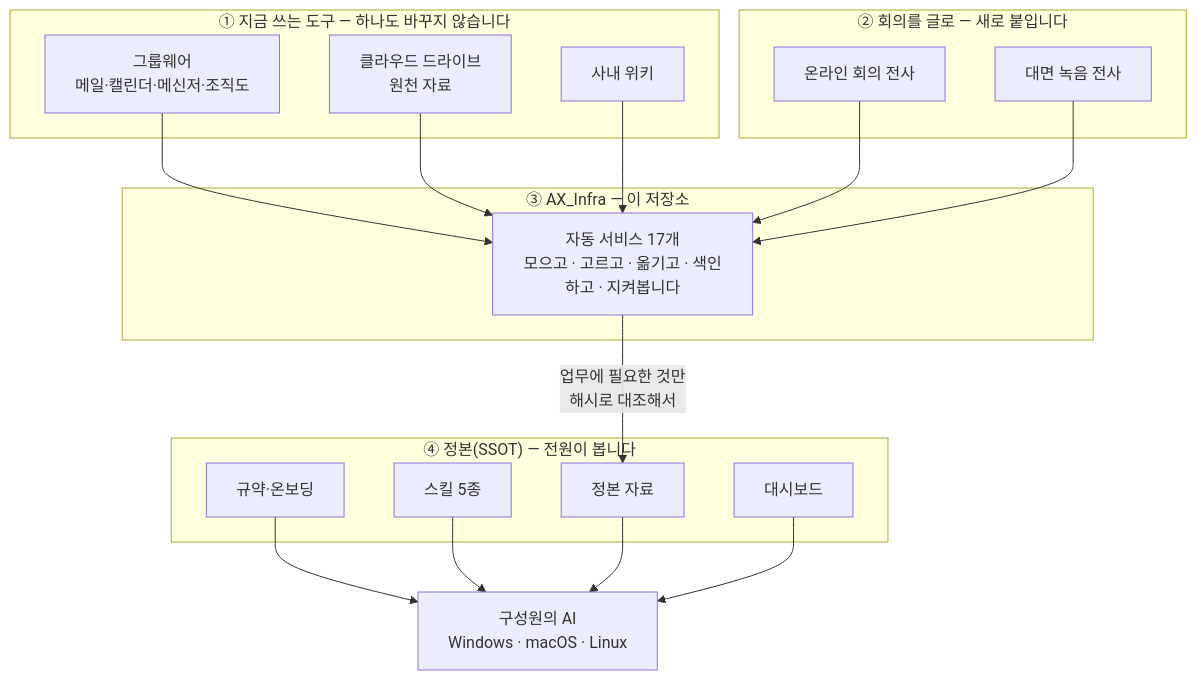
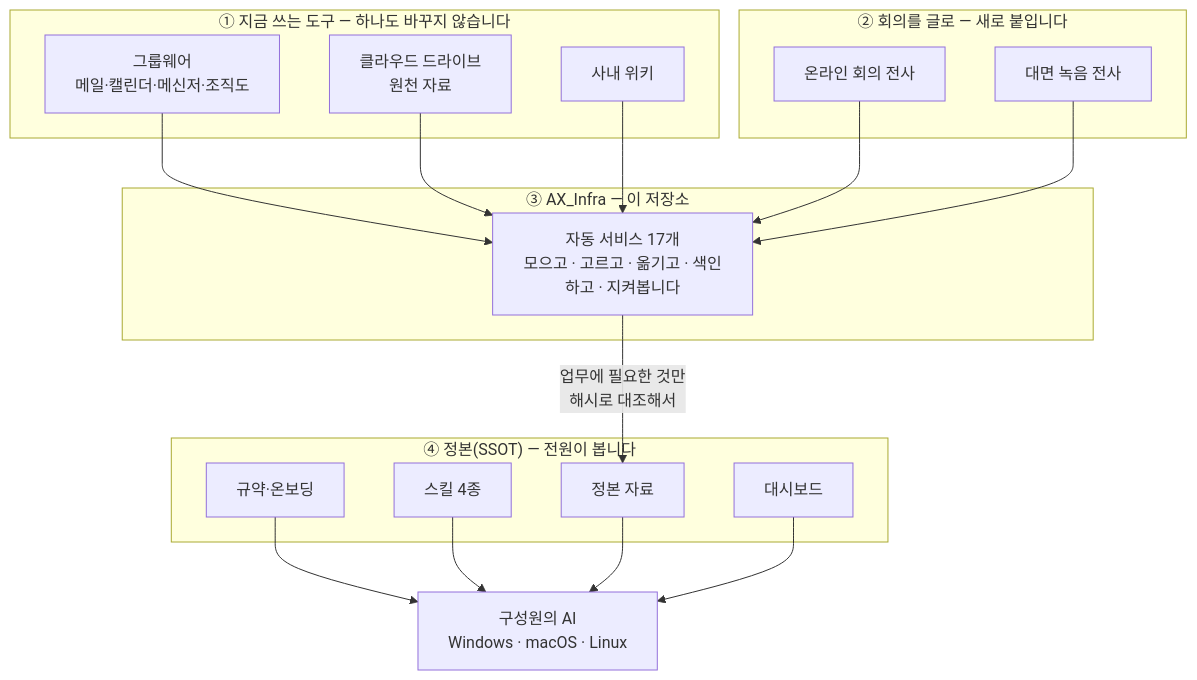
The second of 8 diagrams in README.md (Roykoo83/ur-harness), drawn with Mermaid before and after one commit. The commit also changed other lines of this file and 16 other files, not shown here.

````diff
--- a/README.md
+++ b/README.md
@@ -56,33 +56,33 @@
 ```mermaid
 graph TB
     subgraph L0["① 지금 쓰는 도구 — 하나도 바꾸지 않습니다"]
         A1["그룹웨어<br/>메일·캘린더·메신저·조직도"]
         A2["클라우드 드라이브<br/>원천 자료"]
         A3["사내 위키"]
     end
     subgraph L1["② 회의를 글로 — 새로 붙입니다"]
         B1["온라인 회의 전사"]
         B2["대면 녹음 전사"]
     end
     subgraph L2["③ AX_Infra — 이 저장소"]
         C1["자동 서비스 17개<br/>모으고 · 고르고 · 옮기고 · 색인하고 · 지켜봅니다"]
     end
     subgraph L3["④ 정본(SSOT) — 전원이 봅니다"]
         D1["규약·온보딩"]
-        D2["스킬 5종"]
+        D2["스킬 4종"]
         D3["정본 자료"]
         D4["대시보드"]
     end
     E["구성원의 AI<br/>Windows · macOS · Linux"]
 
     A1 --> C1
     A2 --> C1
     A3 --> C1
     B1 --> C1
     B2 --> C1
     C1 -->|"업무에 필요한 것만<br/>해시로 대조해서"| D3
     D1 --> E
     D2 --> E
     D3 --> E
     D4 --> E
 ```
````
